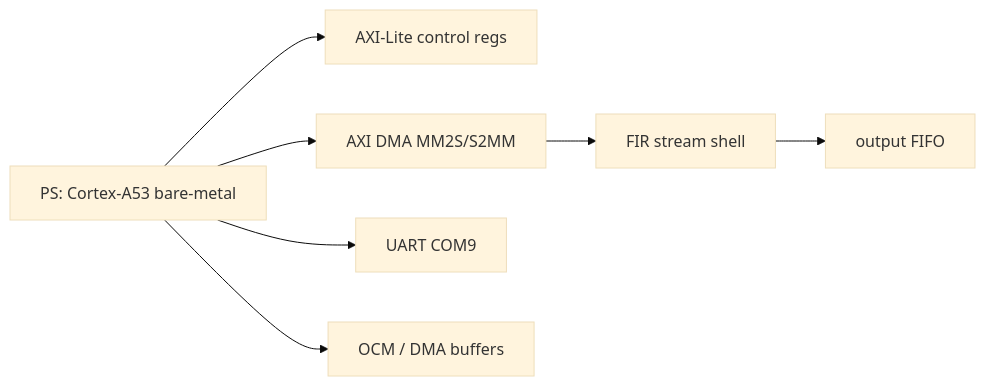
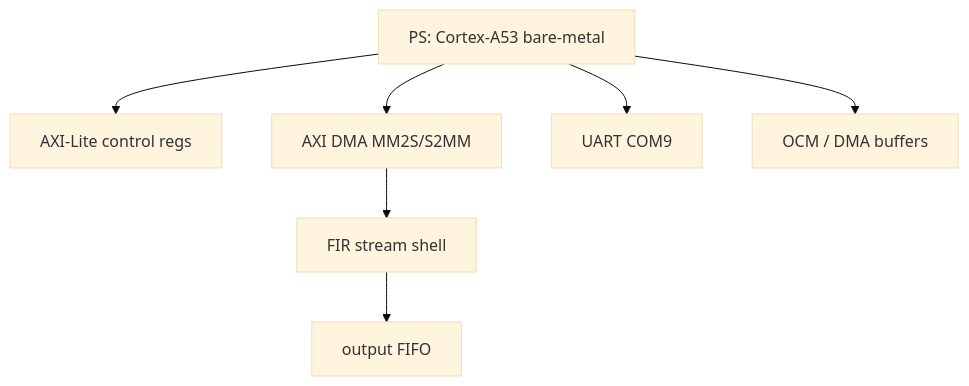
The second of 2 diagrams in Report.md (AIALRA-0/FIR-Lowpass-Filter), drawn with Mermaid (base theme) before and after one commit. The commit also changed other lines of this file and 88 other files, not shown here.

````diff
--- a/Report.md
+++ b/Report.md
@@ -666,9 +1513,9 @@
 ```mermaid
-flowchart LR
+flowchart TB
     A[PS: Cortex-A53 bare-metal] --> B[AXI-Lite control regs]
     A --> C[AXI DMA MM2S/S2MM]
     C --> D[FIR stream shell]
     D --> E[output FIFO]
     A --> F[UART COM9]
     A --> G[OCM / DMA buffers]
 ```
````
